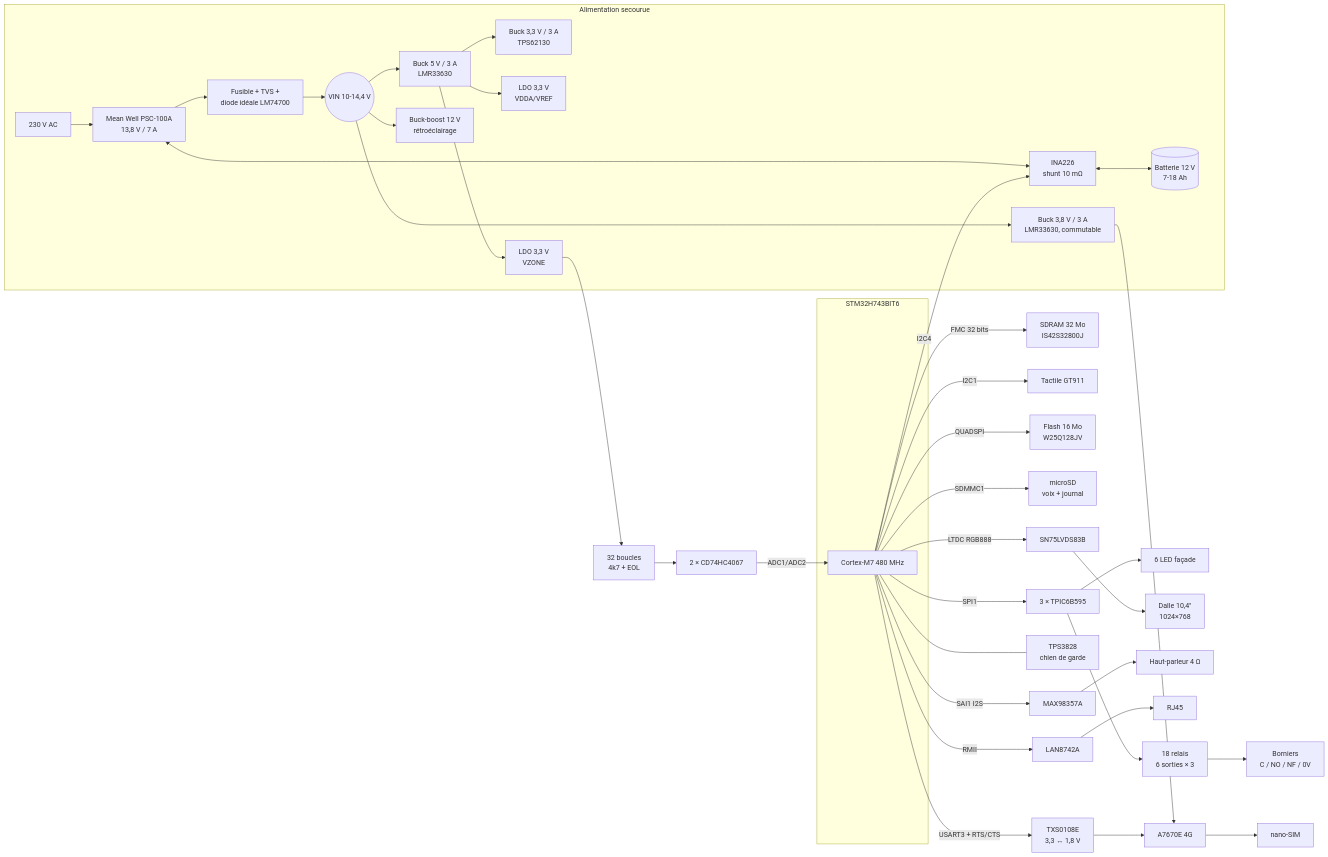
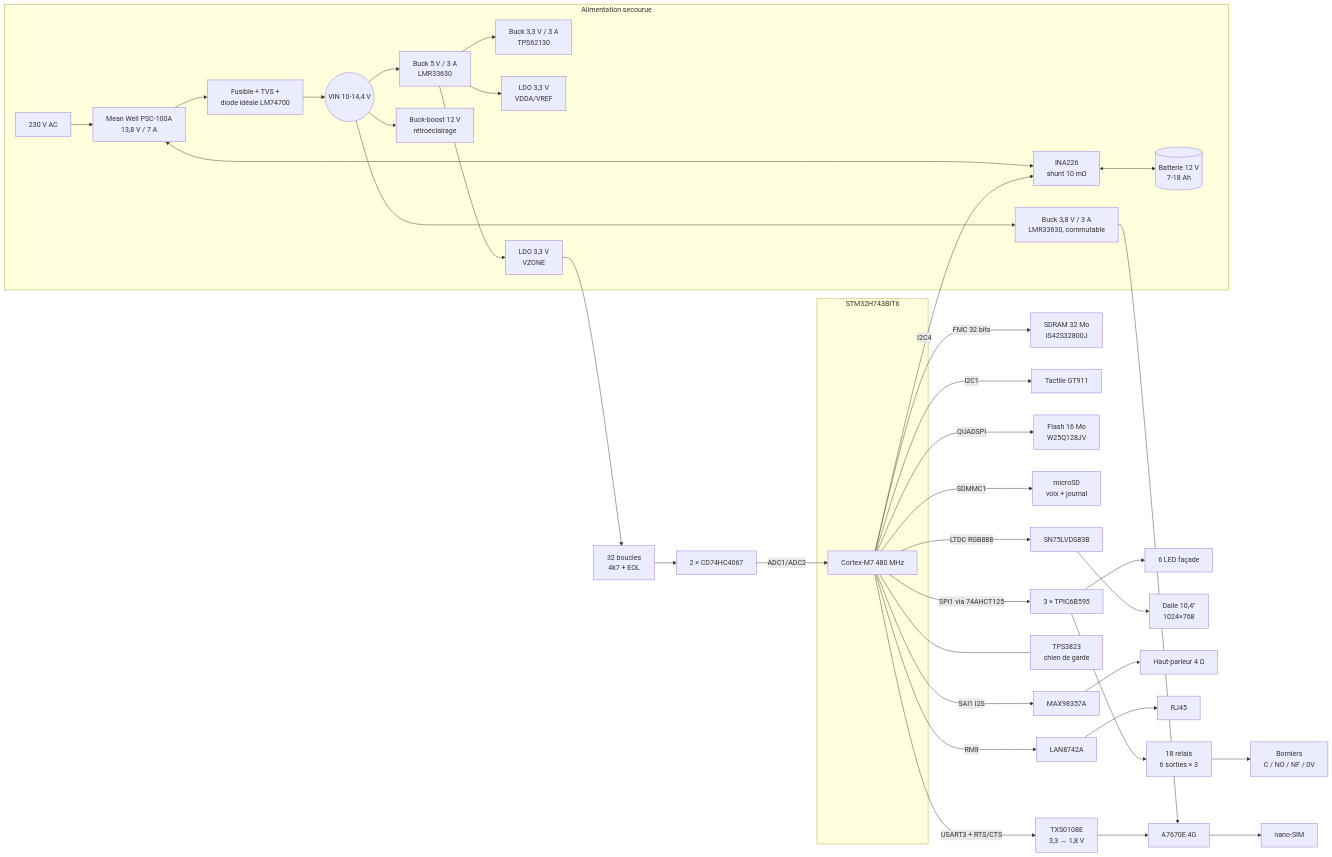
One commit to PhilKers/AlarmFilaire32Inputs6Outputs changed the diagram in docs/01-architecture.md. Above: the diagram before and after it, drawn with Mermaid. The commit also changed other lines of this file and 90 other files, not shown here.

````diff
--- a/docs/01-architecture.md
+++ b/docs/01-architecture.md
@@ -18,34 +18,34 @@
 ```mermaid
 flowchart LR
     subgraph ALIM["Alimentation secourue"]
         SECT[230 V AC] --> PSC[Mean Well PSC-100A<br/>13,8 V / 7 A]
         PSC <--> INA[INA226<br/>shunt 10 mΩ] <--> BAT[(Batterie 12 V<br/>7-18 Ah)]
         PSC --> PROT[Fusible + TVS +<br/>diode idéale LM74700]
         PROT --> VIN((VIN 10-14,4 V))
         VIN --> B5[Buck 5 V / 3 A<br/>LMR33630]
         VIN --> B38[Buck 3,8 V / 3 A<br/>LMR33630, commutable]
         VIN --> BB12[Buck-boost 12 V<br/>rétroéclairage]
         B5 --> B33[Buck 3,3 V / 3 A<br/>TPS62130]
         B5 --> LDO1[LDO 3,3 V<br/>VDDA/VREF]
         B5 --> LDO2[LDO 3,3 V<br/>VZONE]
     end
 
     subgraph MCU["STM32H743BIT6"]
         CORE[Cortex-M7 480 MHz]
     end
 
     LDO2 --> ZIN[32 boucles<br/>4k7 + EOL] --> MUX[2 × CD74HC4067] -->|ADC1/ADC2| CORE
-    CORE -->|SPI1| TPIC[3 × TPIC6B595] --> RLY[18 relais<br/>6 sorties × 3] --> BORN[Borniers<br/>C / NO / NF / 0V]
+    CORE -->|SPI1 via 74AHCT125| TPIC[3 × TPIC6B595] --> RLY[18 relais<br/>6 sorties × 3] --> BORN[Borniers<br/>C / NO / NF / 0V]
     TPIC --> LED[6 LED façade]
     CORE -->|FMC 32 bits| SDRAM[SDRAM 32 Mo<br/>IS42S32800J]
     CORE -->|LTDC RGB888| LVDS[SN75LVDS83B] --> LCD[Dalle 10,4''<br/>1024×768]
     CORE -->|I2C1| TOUCH[Tactile GT911]
     CORE -->|QUADSPI| QSPI[Flash 16 Mo<br/>W25Q128JV]
     CORE -->|SDMMC1| SD[microSD<br/>voix + journal]
     CORE -->|SAI1 I2S| AMP[MAX98357A] --> HP[Haut-parleur 4 Ω]
     CORE -->|RMII| PHY[LAN8742A] --> RJ45[RJ45]
     CORE -->|USART3 + RTS/CTS| LS[TXS0108E<br/>3,3 ↔ 1,8 V] --> GSM[A7670E 4G] --> SIM[nano-SIM]
     B38 --> GSM
     CORE -->|I2C4| INA
-    CORE --- WDG[TPS3828<br/>chien de garde]
+    CORE --- WDG[TPS3823<br/>chien de garde]
 ```
````
